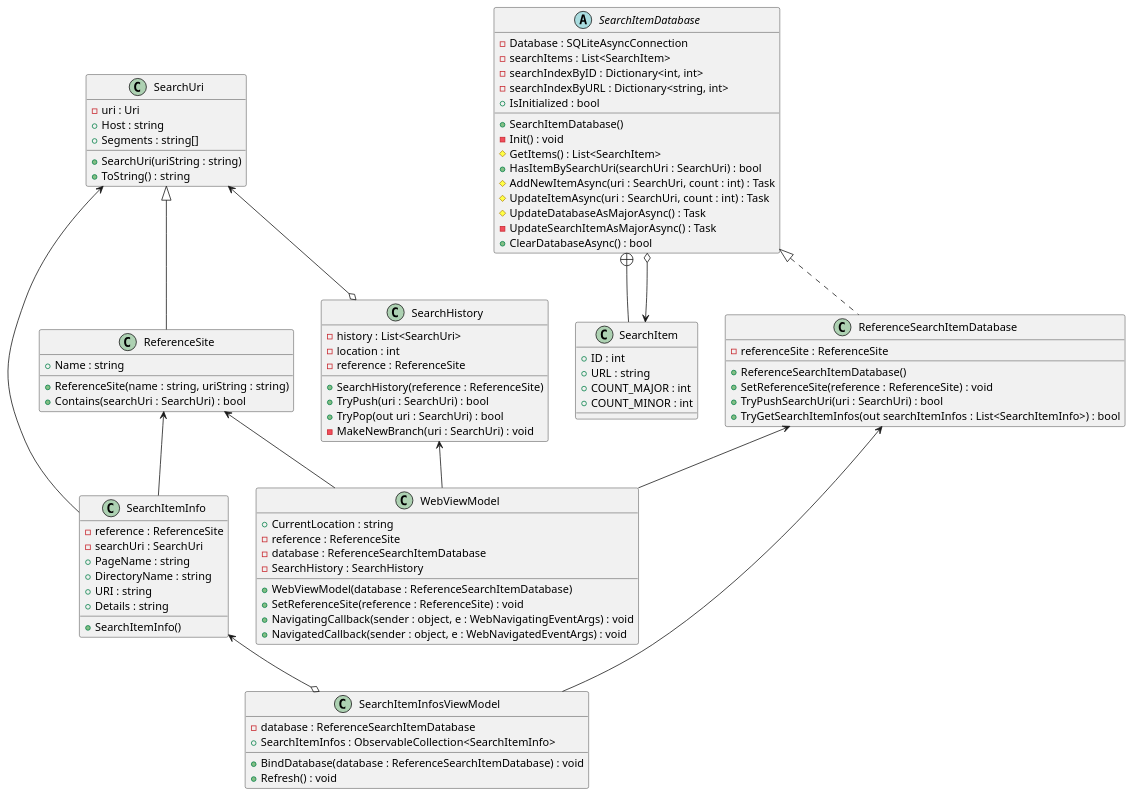
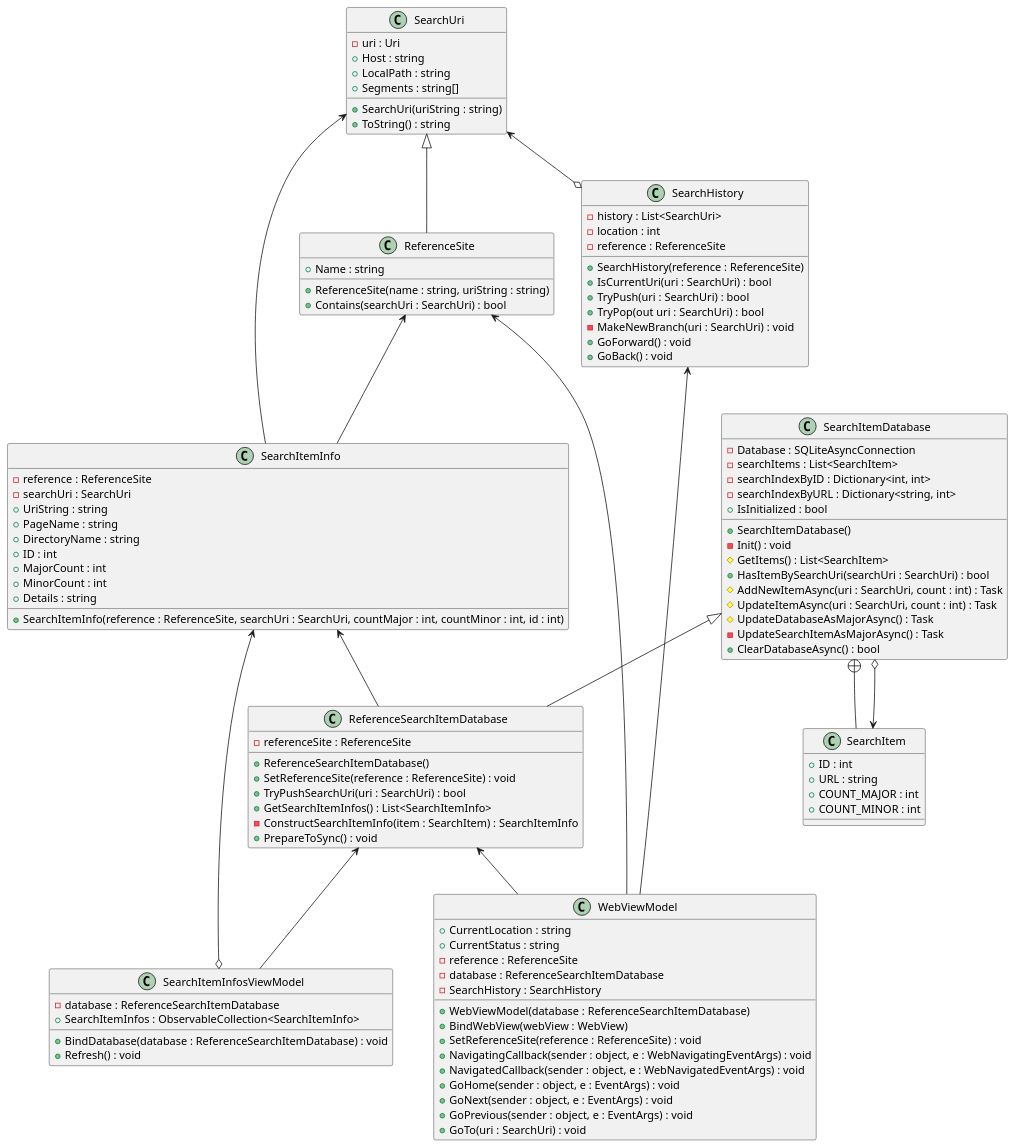
The diagram in uml/ReferenceBrowser.puml (tatsuya19871219/MauiReferenceBrowserApp), drawn with PlantUML before and after one commit. The commit also changed 6 other files, not shown here.

Commit message:
Add UML image

```diff
--- a/uml/ReferenceBrowser.puml
+++ b/uml/ReferenceBrowser.puml
@@ -1,110 +1,123 @@
 @startuml ReferenceBrowser
 class SearchUri {
     - uri : Uri 
     + Host : string 
+    + LocalPath : string
     + Segments : string[]
-    ' + AbsoluteUri : string 
     + SearchUri(uriString : string)
     + ToString() : string
 }
 
 SearchUri <|-- ReferenceSite
 class ReferenceSite {
-    ' - referenceUri : SearchUri 
     + Name : string 
-    ' + AbsoluteUri : string
     + ReferenceSite(name : string, uriString : string)
-    ' + GetURI() : SearchUri
     + Contains(searchUri : SearchUri) : bool
 }
 
 SearchUri <--o SearchHistory
 class SearchHistory {
     - history : List<SearchUri>
     - location : int 
     - reference : ReferenceSite
     + SearchHistory(reference : ReferenceSite)
+    + IsCurrentUri(uri : SearchUri) : bool
     + TryPush(uri : SearchUri) : bool
     + TryPop(out uri : SearchUri) : bool
     - MakeNewBranch(uri : SearchUri) : void
+    + GoForward() : void
+    + GoBack() : void
 }
 
 SearchItemDatabase +-- SearchItem 
 class SearchItem 
 {
     + ID : int
     + URL : string
     + COUNT_MAJOR : int
     + COUNT_MINOR : int
 }
 
 SearchItem <--o SearchItemDatabase
 ' class SearchItemDatabase
-abstract SearchItemDatabase
+class SearchItemDatabase
 {
     - Database : SQLiteAsyncConnection 
     - searchItems : List<SearchItem>
     - searchIndexByID : Dictionary<int, int> 
     - searchIndexByURL : Dictionary<string, int>
     + IsInitialized : bool
     + SearchItemDatabase()
     - Init() : void
     # GetItems() : List<SearchItem>
     + HasItemBySearchUri(searchUri : SearchUri) : bool
     # AddNewItemAsync(uri : SearchUri, count : int) : Task
     # UpdateItemAsync(uri : SearchUri, count : int) : Task
     # UpdateDatabaseAsMajorAsync() : Task
     - UpdateSearchItemAsMajorAsync() : Task
     + ClearDatabaseAsync() : bool
 }
 
-SearchItemDatabase <|.. ReferenceSearchItemDatabase
+SearchItemDatabase <|-- ReferenceSearchItemDatabase
 class ReferenceSearchItemDatabase
 {
     - referenceSite : ReferenceSite
     + ReferenceSearchItemDatabase()
     + SetReferenceSite(reference : ReferenceSite) : void
     + TryPushSearchUri(uri : SearchUri) : bool
-    + TryGetSearchItemInfos(out searchItemInfos : List<SearchItemInfo>) : bool
+    + GetSearchItemInfos() : List<SearchItemInfo>
+    - ConstructSearchItemInfo(item : SearchItem) : SearchItemInfo
+    + PrepareToSync() : void
 }
 
 ReferenceSite <-- SearchItemInfo
 SearchUri <-- SearchItemInfo
+SearchItemInfo <-- ReferenceSearchItemDatabase
 class SearchItemInfo
 {
     - reference : ReferenceSite
     - searchUri : SearchUri
+    + UriString : string
     + PageName : string
     + DirectoryName : string
-    + URI : string
+    + ID : int
+    + MajorCount : int
+    + MinorCount : int
+    ' + URI : string
     + Details : string
-    + SearchItemInfo()
+    + SearchItemInfo(reference : ReferenceSite, searchUri : SearchUri, countMajor : int, countMinor : int, id : int)
 }
 
 SearchItemInfo <--o SearchItemInfosViewModel
 ReferenceSearchItemDatabase <-- SearchItemInfosViewModel
 class SearchItemInfosViewModel
 {
     - database : ReferenceSearchItemDatabase
     + SearchItemInfos : ObservableCollection<SearchItemInfo>
     + BindDatabase(database : ReferenceSearchItemDatabase) : void 
     + Refresh() : void
 }
 
 
 ReferenceSearchItemDatabase <-- WebViewModel
 SearchHistory <-- WebViewModel
 ReferenceSite <-- WebViewModel
 class WebViewModel 
 {
     + CurrentLocation : string
+    + CurrentStatus : string
     - reference : ReferenceSite
     - database : ReferenceSearchItemDatabase
     - SearchHistory : SearchHistory
     + WebViewModel(database : ReferenceSearchItemDatabase)
+    + BindWebView(webView : WebView)
     + SetReferenceSite(reference : ReferenceSite) : void
     + NavigatingCallback(sender : object, e : WebNavigatingEventArgs) : void
     + NavigatedCallback(sender : object, e : WebNavigatedEventArgs) : void
+    + GoHome(sender : object, e : EventArgs) : void
+    + GoNext(sender : object, e : EventArgs) : void
+    + GoPrevious(sender : object, e : EventArgs) : void
+    + GoTo(uri : SearchUri) : void
 }
 
 @enduml
```
